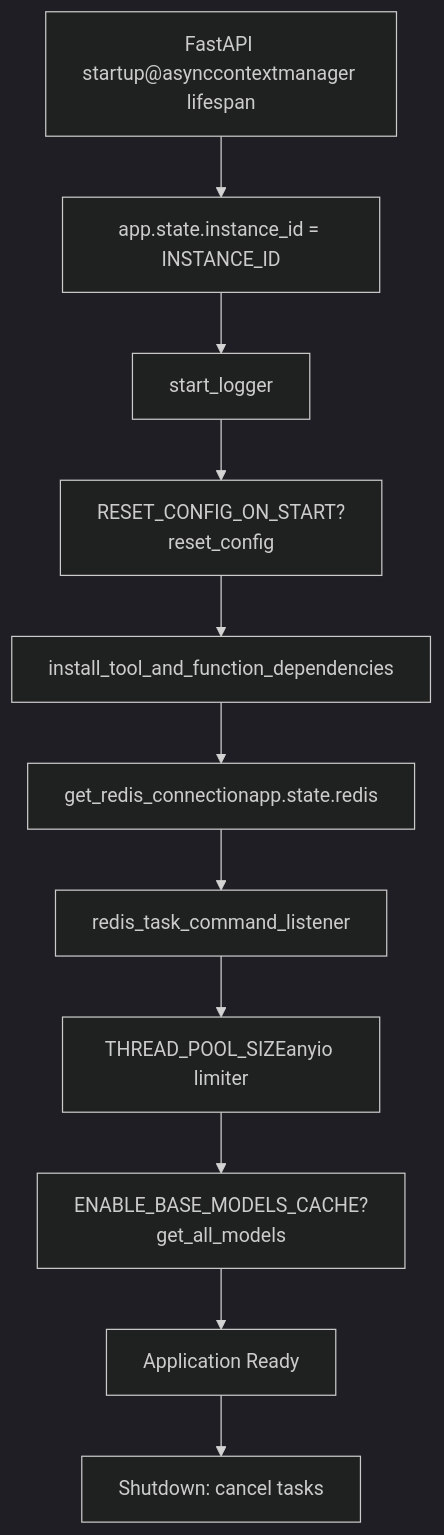
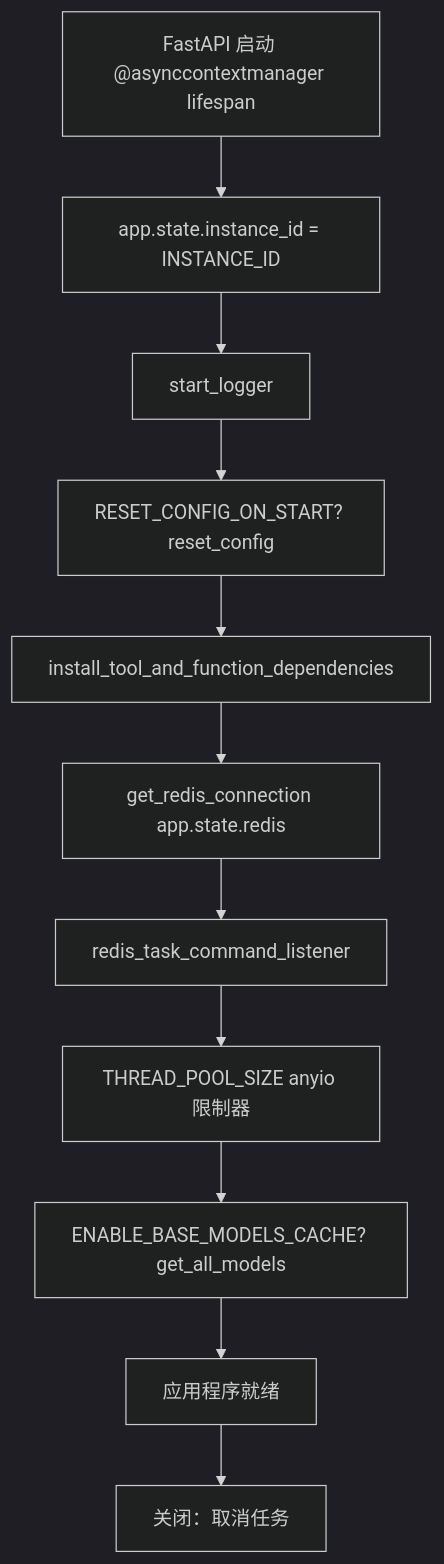
Before and after one commit to Chesszyh/Wiki: the second of 7 diagrams in tests/open-webui_deepwiki/zh/1-overview.md, drawn with Mermaid (dark theme). The commit also changed other lines of this file and 234 other files, not shown here.

````diff
--- a/tests/open-webui_deepwiki/zh/1-overview.md
+++ b/tests/open-webui_deepwiki/zh/1-overview.md
@@ -113,25 +113,25 @@
 ```mermaid
 flowchart TD
-    Start["FastAPI startup@asynccontextmanager lifespan"]
+    Start["FastAPI 启动 @asynccontextmanager lifespan"]
     SetInstanceID["app.state.instance_id = INSTANCE_ID"]
     StartLogger["start_logger"]
-    ResetConfig["RESET_CONFIG_ON_START?reset_config"]
+    ResetConfig["RESET_CONFIG_ON_START? reset_config"]
     InstallDeps["install_tool_and_function_dependencies"]
-    InitRedis["get_redis_connectionapp.state.redis"]
+    InitRedis["get_redis_connection app.state.redis"]
     StartListener["redis_task_command_listener"]
-    ConfigThreadPool["THREAD_POOL_SIZEanyio limiter"]
-    CacheModels["ENABLE_BASE_MODELS_CACHE?get_all_models"]
-    Ready["Application Ready"]
-    Shutdown["Shutdown: cancel tasks"]
+    ConfigThreadPool["THREAD_POOL_SIZE anyio 限制器"]
+    CacheModels["ENABLE_BASE_MODELS_CACHE? get_all_models"]
+    Ready["应用程序就绪"]
+    Shutdown["关闭：取消任务"]
 
     Start --> SetInstanceID
     SetInstanceID --> StartLogger
     StartLogger --> ResetConfig
     ResetConfig --> InstallDeps
     InstallDeps --> InitRedis
     InitRedis --> StartListener
     StartListener --> ConfigThreadPool
     ConfigThreadPool --> CacheModels
     CacheModels --> Ready
     Ready --> Shutdown
 ```
````
